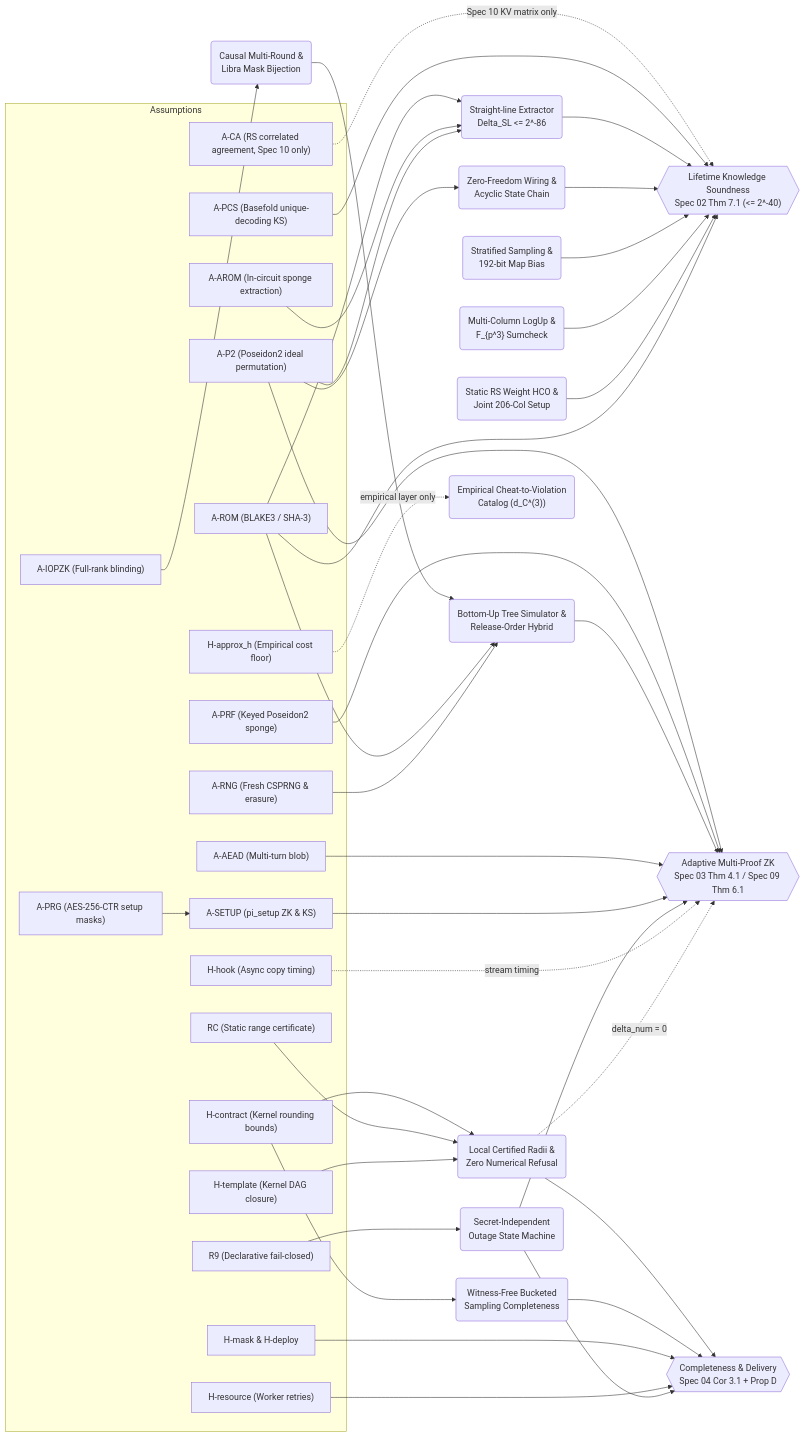
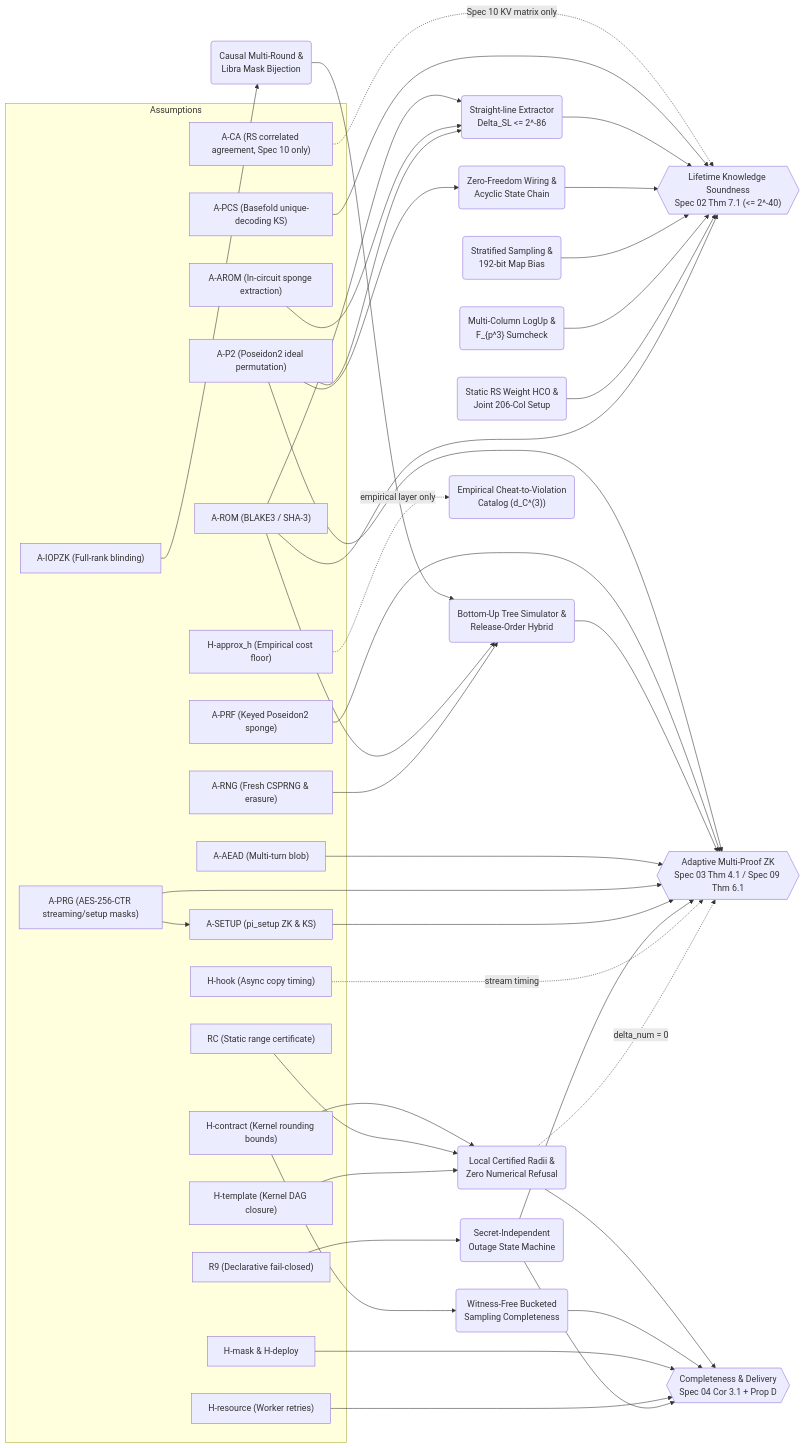
Before and after one commit to s-JoL/FlashProve-Next: the diagram in specs/07-assumptions-and-lean.md, drawn with Mermaid. The commit also changed other lines of this file and 90 other files, not shown here.

````diff
--- a/specs/07-assumptions-and-lean.md
+++ b/specs/07-assumptions-and-lean.md
@@ -97,80 +97,81 @@
 ```mermaid
 flowchart LR
   subgraph ASM["Assumptions"]
     AROM["A-ROM (BLAKE3 / SHA-3)"]
     AAROM["A-AROM (In-circuit sponge extraction)"]
     AP2["A-P2 (Poseidon2 ideal permutation)"]
     APCS["A-PCS (Basefold unique-decoding KS)"]
     ACA["A-CA (RS correlated agreement, Spec 10 only)"]
-    APRG["A-PRG (AES-256-CTR setup masks)"]
+    APRG["A-PRG (AES-256-CTR streaming/setup masks)"]
     APRF["A-PRF (Keyed Poseidon2 sponge)"]
     AAEAD["A-AEAD (Multi-turn blob)"]
     AIOP["A-IOPZK (Full-rank blinding)"]
     ASET["A-SETUP (pi_setup ZK & KS)"]
     ARNG["A-RNG (Fresh CSPRNG & erasure)"]
     HC["H-contract (Kernel rounding bounds)"]
     RC["RC (Static range certificate)"]
     HT["H-template (Kernel DAG closure)"]
     HM["H-mask & H-deploy"]
     HA["H-approx_h (Empirical cost floor)"]
     HR["H-resource (Worker retries)"]
     R9["R9 (Declarative fail-closed)"]
     HH["H-hook (Async copy timing)"]
   end
 
   EXT("Straight-line Extractor<br/>Delta_SL <= 2^-86")
   BIND("Zero-Freedom Wiring &<br/>Acyclic State Chain")
   MISS("Stratified Sampling &<br/>192-bit Map Bias")
   LOGUP("Multi-Column LogUp &<br/>F_{p^3} Sumcheck")
   HCO("Static RS Weight HCO &<br/>Joint 206-Col Setup")
   MASK("Causal Multi-Round &<br/>Libra Mask Bijection")
   SIM("Bottom-Up Tree Simulator &<br/>Release-Order Hybrid")
   CERT("Local Certified Radii &<br/>Zero Numerical Refusal")
   SAMP("Witness-Free Bucketed<br/>Sampling Completeness")
   FAILP("Secret-Independent<br/>Outage State Machine")
   CHEAT("Empirical Cheat-to-Violation<br/>Catalog (d_C^(3))")
 
   KS{{"Lifetime Knowledge Soundness<br/>Spec 02 Thm 7.1 (<= 2^-40)"}}
   ZK{{"Adaptive Multi-Proof ZK<br/>Spec 03 Thm 4.1 / Spec 09 Thm 6.1"}}
   CP{{"Completeness & Delivery<br/>Spec 04 Cor 3.1 + Prop D"}}
 
   AROM --> EXT
   AAROM --> EXT
   AP2 --> BIND
   AP2 --> EXT
   ACA -. "Spec 10 KV matrix only" .-> KS
   APCS --> KS
   EXT --> KS
   BIND --> KS
   MISS --> KS
   LOGUP --> KS
   HCO --> KS
   AROM --> KS
 
   AIOP --> MASK
   MASK --> SIM
   AROM --> SIM
   ARNG --> SIM
   AP2 --> ZK
   APRF --> ZK
   SIM --> ZK
   AAEAD --> ZK
   APRG --> ASET
+  APRG --> ZK
   ASET --> ZK
   R9 --> FAILP
   FAILP --> ZK
   HH -. "stream timing" .-> ZK
   CERT -. "delta_num = 0" .-> ZK
 
   HC --> CERT
   RC --> CERT
   HT --> CERT
   HC --> SAMP
   CERT --> CP
   SAMP --> CP
   HM --> CP
   HR --> CP
   FAILP --> CP
 
   HA -. "empirical layer only" .-> CHEAT
 ```
````
